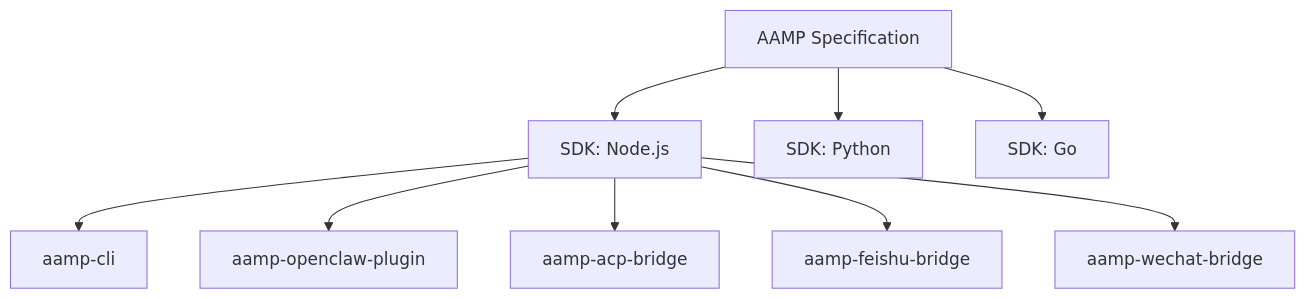
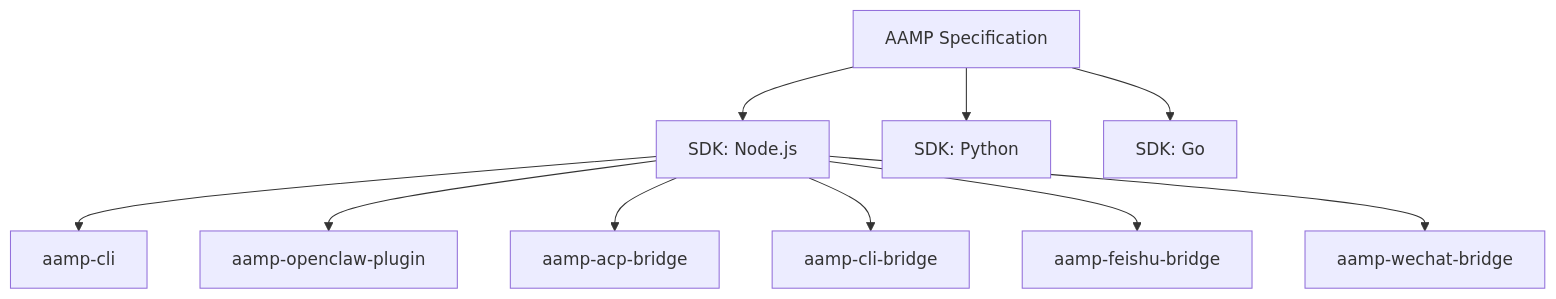
One commit to larksuite/aamp changed the third of 3 diagrams in README.md. Above: the diagram before and after it, drawn with Mermaid. The commit also changed other lines of this file and 17 other files, not shown here.

Commit message:
feat: aamp-cli-bridge

````diff
--- a/README.md
+++ b/README.md
@@ -354,11 +379,12 @@
 ```mermaid
 flowchart TB
     SPEC["AAMP Specification"] --> NODE["SDK: Node.js"]
     SPEC --> PY["SDK: Python"]
     SPEC --> GO["SDK: Go"]
     NODE --> CLI["aamp-cli"]
     NODE --> OCP["aamp-openclaw-plugin"]
     NODE --> ACP["aamp-acp-bridge"]
+    NODE --> CLIB["aamp-cli-bridge"]
     NODE --> FEI["aamp-feishu-bridge"]
     NODE --> WX["aamp-wechat-bridge"]
 ```
````
